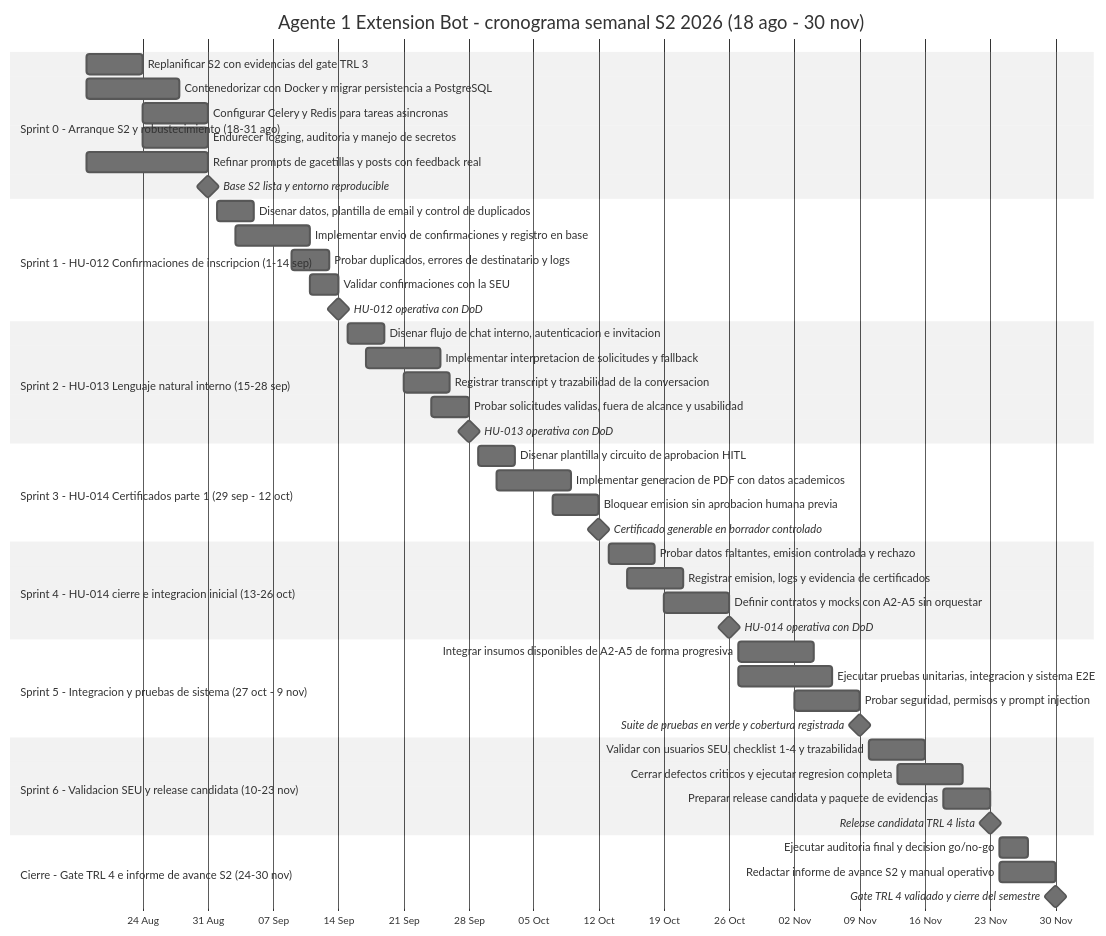
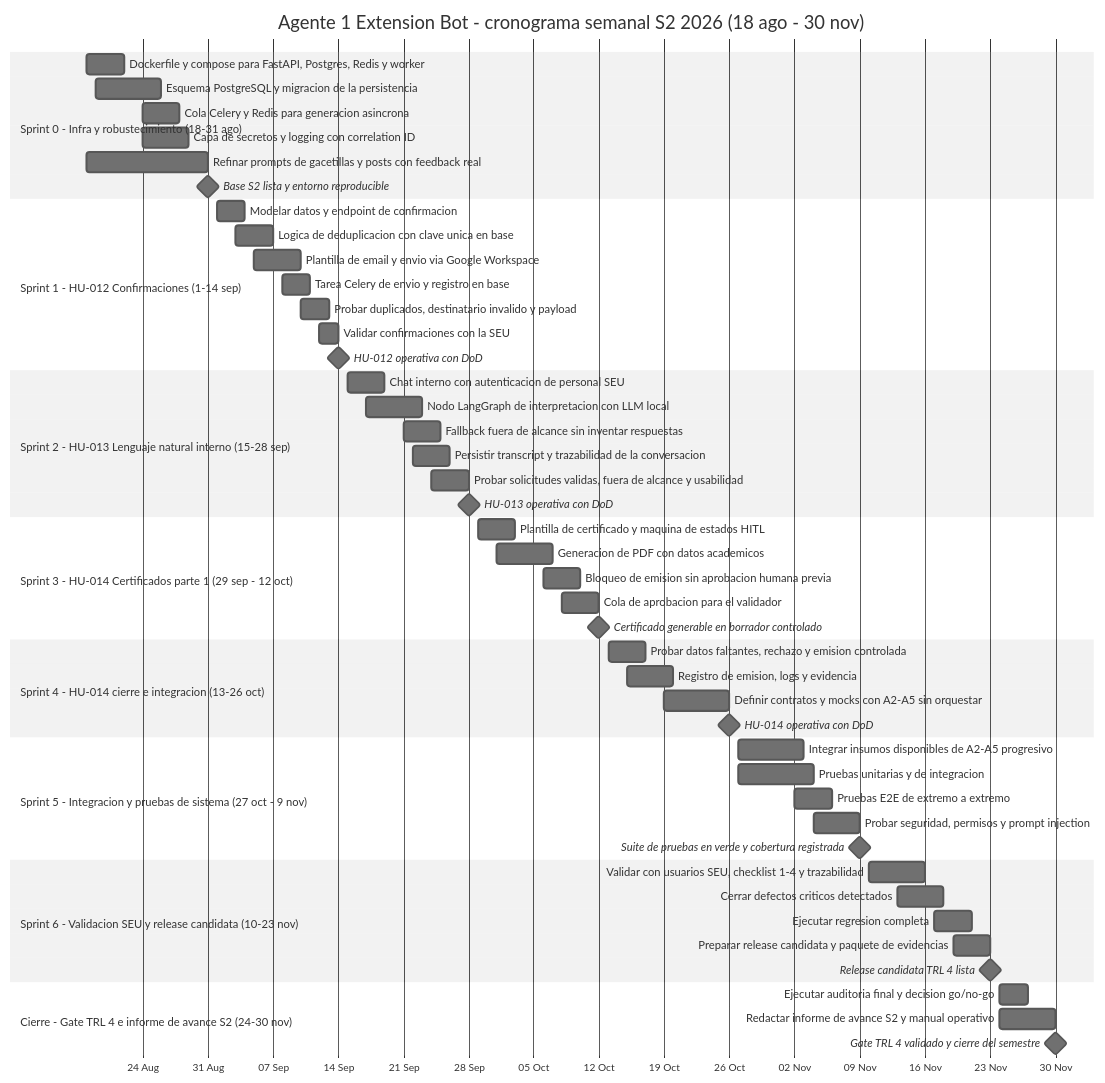
Before and after one commit to SpendIce/Proyecto-Final: the diagram in Documentos/Gantt/diagrama-gantt-s2-semanal.mmd, drawn with Mermaid (neutral theme). The commit also changed 2 other files, not shown here.

Commit message:
docs(gantt): desglosar tareas tecnicas por HU en el cronograma semanal S2
Cada sprint de HU pasa de barras genericas a subtareas de implementacion concretas: Docker/compose, esquema y migracion PostgreSQL, cola Celery/Redis, endpoint y deduplicacion de HU-012, nodo LangGraph y fallback de HU-013, generacion PDF y maquina de estados HITL de HU-014, contratos/mocks A2-A5 y suites unitaria/integracion/E2E/seguridad. Mantiene los vertical slices por sprint (codigo+test+validacion en la misma ventana).

```diff
--- a/Documentos/Gantt/diagrama-gantt-s2-semanal.mmd
+++ b/Documentos/Gantt/diagrama-gantt-s2-semanal.mmd
@@ -1,58 +1,64 @@
 gantt
     title Agente 1 Extension Bot - cronograma semanal S2 2026 (18 ago - 30 nov)
     dateFormat  YYYY-MM-DD
     axisFormat  %d %b
     tickInterval 1week
     weekday monday
     todayMarker stroke-width:2px,stroke:#0f766e,opacity:0.6
 
-    section Sprint 0 - Arranque S2 y robustecimiento (18-31 ago)
-    Replanificar S2 con evidencias del gate TRL 3            :s0a, 2026-08-18, 2026-08-24
-    Contenedorizar con Docker y migrar persistencia a PostgreSQL :s0b, 2026-08-18, 2026-08-28
-    Configurar Celery y Redis para tareas asincronas         :s0c, 2026-08-24, 2026-08-31
-    Endurecer logging, auditoria y manejo de secretos        :s0d, 2026-08-24, 2026-08-31
-    Refinar prompts de gacetillas y posts con feedback real  :s0e, 2026-08-18, 2026-08-31
-    Base S2 lista y entorno reproducible                     :milestone, m0, 2026-08-31, 0d
+    section Sprint 0 - Infra y robustecimiento (18-31 ago)
+    Dockerfile y compose para FastAPI, Postgres, Redis y worker :s0a, 2026-08-18, 2026-08-22
+    Esquema PostgreSQL y migracion de la persistencia          :s0b, 2026-08-19, 2026-08-26
+    Cola Celery y Redis para generacion asincrona              :s0c, 2026-08-24, 2026-08-28
+    Capa de secretos y logging con correlation ID              :s0d, 2026-08-24, 2026-08-29
+    Refinar prompts de gacetillas y posts con feedback real    :s0e, 2026-08-18, 2026-08-31
+    Base S2 lista y entorno reproducible                       :milestone, m0, 2026-08-31, 0d
 
-    section Sprint 1 - HU-012 Confirmaciones de inscripcion (1-14 sep)
-    Disenar datos, plantilla de email y control de duplicados :s1a, 2026-09-01, 2026-09-05
-    Implementar envio de confirmaciones y registro en base    :s1b, 2026-09-03, 2026-09-11
-    Probar duplicados, errores de destinatario y logs         :s1c, 2026-09-09, 2026-09-13
-    Validar confirmaciones con la SEU                         :s1d, 2026-09-11, 2026-09-14
-    HU-012 operativa con DoD                                  :milestone, m1, 2026-09-14, 0d
+    section Sprint 1 - HU-012 Confirmaciones (1-14 sep)
+    Modelar datos y endpoint de confirmacion                   :s1a, 2026-09-01, 2026-09-04
+    Logica de deduplicacion con clave unica en base            :s1b, 2026-09-03, 2026-09-07
+    Plantilla de email y envio via Google Workspace            :s1c, 2026-09-05, 2026-09-10
+    Tarea Celery de envio y registro en base                   :s1d, 2026-09-08, 2026-09-11
+    Probar duplicados, destinatario invalido y payload         :s1e, 2026-09-10, 2026-09-13
+    Validar confirmaciones con la SEU                          :s1f, 2026-09-12, 2026-09-14
+    HU-012 operativa con DoD                                   :milestone, m1, 2026-09-14, 0d
 
     section Sprint 2 - HU-013 Lenguaje natural interno (15-28 sep)
-    Disenar flujo de chat interno, autenticacion e invitacion :s2a, 2026-09-15, 2026-09-19
-    Implementar interpretacion de solicitudes y fallback      :s2b, 2026-09-17, 2026-09-25
-    Registrar transcript y trazabilidad de la conversacion    :s2c, 2026-09-21, 2026-09-26
-    Probar solicitudes validas, fuera de alcance y usabilidad :s2d, 2026-09-24, 2026-09-28
-    HU-013 operativa con DoD                                  :milestone, m2, 2026-09-28, 0d
+    Chat interno con autenticacion de personal SEU             :s2a, 2026-09-15, 2026-09-19
+    Nodo LangGraph de interpretacion con LLM local             :s2b, 2026-09-17, 2026-09-23
+    Fallback fuera de alcance sin inventar respuestas          :s2c, 2026-09-21, 2026-09-25
+    Persistir transcript y trazabilidad de la conversacion     :s2d, 2026-09-22, 2026-09-26
+    Probar solicitudes validas, fuera de alcance y usabilidad  :s2e, 2026-09-24, 2026-09-28
+    HU-013 operativa con DoD                                   :milestone, m2, 2026-09-28, 0d
 
     section Sprint 3 - HU-014 Certificados parte 1 (29 sep - 12 oct)
-    Disenar plantilla y circuito de aprobacion HITL           :s3a, 2026-09-29, 2026-10-03
-    Implementar generacion de PDF con datos academicos        :s3b, 2026-10-01, 2026-10-09
-    Bloquear emision sin aprobacion humana previa             :s3c, 2026-10-07, 2026-10-12
-    Certificado generable en borrador controlado             :milestone, m3, 2026-10-12, 0d
+    Plantilla de certificado y maquina de estados HITL         :s3a, 2026-09-29, 2026-10-03
+    Generacion de PDF con datos academicos                     :s3b, 2026-10-01, 2026-10-07
+    Bloqueo de emision sin aprobacion humana previa            :s3c, 2026-10-06, 2026-10-10
+    Cola de aprobacion para el validador                       :s3d, 2026-10-08, 2026-10-12
+    Certificado generable en borrador controlado              :milestone, m3, 2026-10-12, 0d
 
-    section Sprint 4 - HU-014 cierre e integracion inicial (13-26 oct)
-    Probar datos faltantes, emision controlada y rechazo      :s4a, 2026-10-13, 2026-10-18
-    Registrar emision, logs y evidencia de certificados       :s4b, 2026-10-15, 2026-10-21
-    Definir contratos y mocks con A2-A5 sin orquestar         :s4c, 2026-10-19, 2026-10-26
-    HU-014 operativa con DoD                                  :milestone, m4, 2026-10-26, 0d
+    section Sprint 4 - HU-014 cierre e integracion (13-26 oct)
+    Probar datos faltantes, rechazo y emision controlada       :s4a, 2026-10-13, 2026-10-17
+    Registro de emision, logs y evidencia                      :s4b, 2026-10-15, 2026-10-20
+    Definir contratos y mocks con A2-A5 sin orquestar          :s4c, 2026-10-19, 2026-10-26
+    HU-014 operativa con DoD                                   :milestone, m4, 2026-10-26, 0d
 
     section Sprint 5 - Integracion y pruebas de sistema (27 oct - 9 nov)
-    Integrar insumos disponibles de A2-A5 de forma progresiva :s5a, 2026-10-27, 2026-11-04
-    Ejecutar pruebas unitarias, integracion y sistema E2E     :s5b, 2026-10-27, 2026-11-06
-    Probar seguridad, permisos y prompt injection             :s5c, 2026-11-02, 2026-11-09
-    Suite de pruebas en verde y cobertura registrada         :milestone, m5, 2026-11-09, 0d
+    Integrar insumos disponibles de A2-A5 progresivo           :s5a, 2026-10-27, 2026-11-03
+    Pruebas unitarias y de integracion                         :s5b, 2026-10-27, 2026-11-04
+    Pruebas E2E de extremo a extremo                           :s5c, 2026-11-02, 2026-11-06
+    Probar seguridad, permisos y prompt injection              :s5d, 2026-11-04, 2026-11-09
+    Suite de pruebas en verde y cobertura registrada          :milestone, m5, 2026-11-09, 0d
 
     section Sprint 6 - Validacion SEU y release candidata (10-23 nov)
-    Validar con usuarios SEU, checklist 1-4 y trazabilidad    :s6a, 2026-11-10, 2026-11-16
-    Cerrar defectos criticos y ejecutar regresion completa    :s6b, 2026-11-13, 2026-11-20
-    Preparar release candidata y paquete de evidencias        :s6c, 2026-11-18, 2026-11-23
-    Release candidata TRL 4 lista                             :milestone, m6, 2026-11-23, 0d
+    Validar con usuarios SEU, checklist 1-4 y trazabilidad     :s6a, 2026-11-10, 2026-11-16
+    Cerrar defectos criticos detectados                        :s6b, 2026-11-13, 2026-11-18
+    Ejecutar regresion completa                                :s6c, 2026-11-17, 2026-11-21
+    Preparar release candidata y paquete de evidencias         :s6d, 2026-11-19, 2026-11-23
+    Release candidata TRL 4 lista                              :milestone, m6, 2026-11-23, 0d
 
     section Cierre - Gate TRL 4 e informe de avance S2 (24-30 nov)
-    Ejecutar auditoria final y decision go/no-go              :c1, 2026-11-24, 2026-11-27
-    Redactar informe de avance S2 y manual operativo          :c2, 2026-11-24, 2026-11-30
-    Gate TRL 4 validado y cierre del semestre                 :milestone, m7, 2026-11-30, 0d
+    Ejecutar auditoria final y decision go/no-go               :c1, 2026-11-24, 2026-11-27
+    Redactar informe de avance S2 y manual operativo           :c2, 2026-11-24, 2026-11-30
+    Gate TRL 4 validado y cierre del semestre                  :milestone, m7, 2026-11-30, 0d
```
